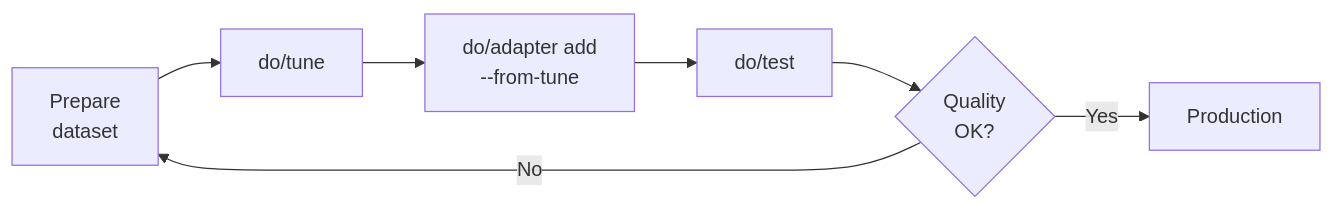
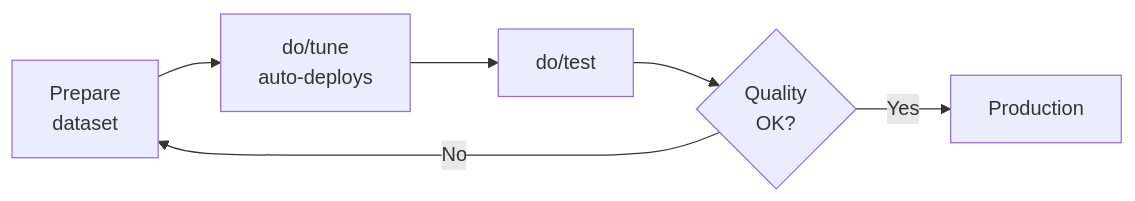
One commit to awslabs/ml-container-creator changed the diagram in docs/fine-tuning.md. Above: the diagram before and after it, drawn with Mermaid. The commit also changed other lines of this file and 3 other files, not shown here.

````diff
--- a/docs/fine-tuning.md
+++ b/docs/fine-tuning.md
@@ -25,6 +25,6 @@
 ```mermaid
 graph LR
-    A[Prepare<br>dataset] --> B[do/tune] --> C[do/adapter add<br>--from-tune] --> D[do/test] --> E{Quality<br>OK?}
+    A[Prepare<br>dataset] --> B[do/tune<br>auto-deploys] --> D[do/test] --> E{Quality<br>OK?}
     E -->|No| A
     E -->|Yes| F[Production]
 ```
````
